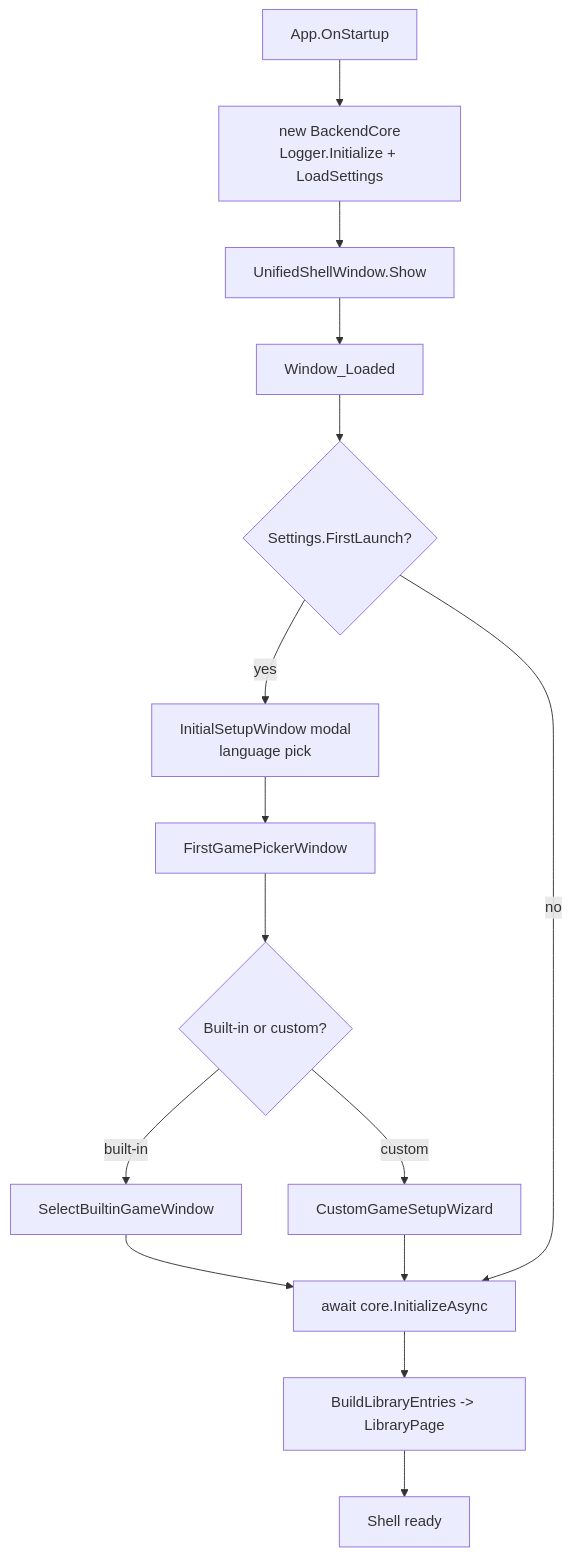
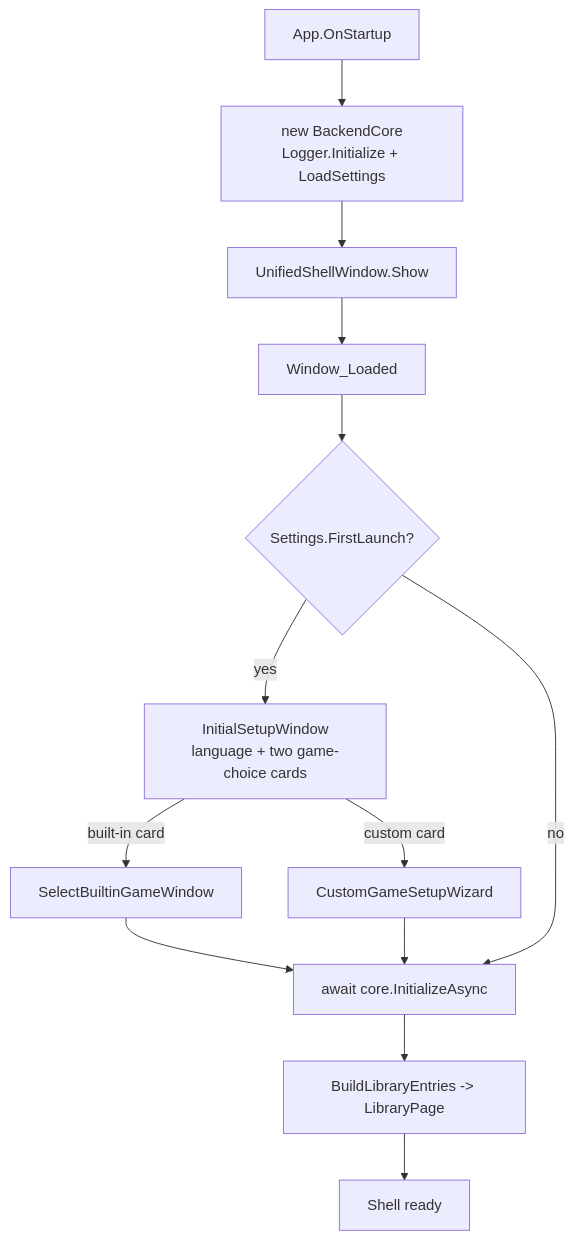
One commit to TheTriviali/TMM changed the first of 8 diagrams in UIFLOWS.md. Above: the diagram before and after it, drawn with Mermaid. The commit also changed other lines of this file and 5 other files, not shown here.

````diff
--- a/UIFLOWS.md
+++ b/UIFLOWS.md
@@ -17,17 +17,15 @@
 ```mermaid
 flowchart TD
     A[App.OnStartup] --> B[new BackendCore\nLogger.Initialize + LoadSettings]
     B --> C[UnifiedShellWindow.Show]
     C --> D[Window_Loaded]
     D --> E{Settings.FirstLaunch?}
-    E -- yes --> F[InitialSetupWindow modal\nlanguage pick]
-    F --> G[FirstGamePickerWindow]
-    G --> H{Built-in or custom?}
-    H -- built-in --> I[SelectBuiltinGameWindow]
-    H -- custom --> J[CustomGameSetupWizard]
+    E -- yes --> F[InitialSetupWindow\nlanguage + two game-choice cards]
+    F -- built-in card --> I[SelectBuiltinGameWindow]
+    F -- custom card --> J[CustomGameSetupWizard]
     I --> K[await core.InitializeAsync]
     J --> K
     E -- no --> K
     K --> L[BuildLibraryEntries -> LibraryPage]
     L --> M[Shell ready]
 ```
````
